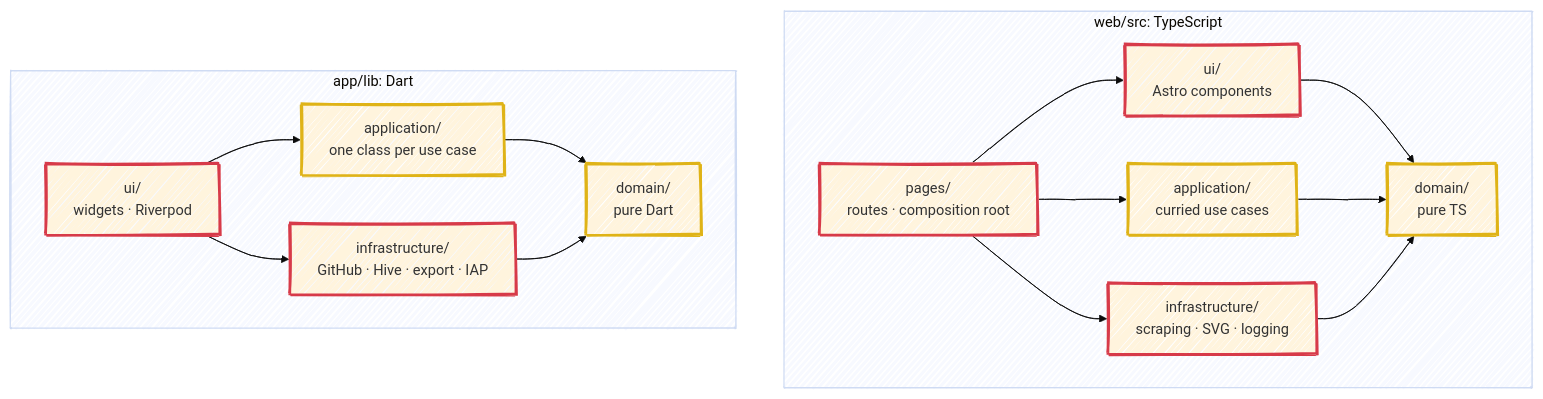
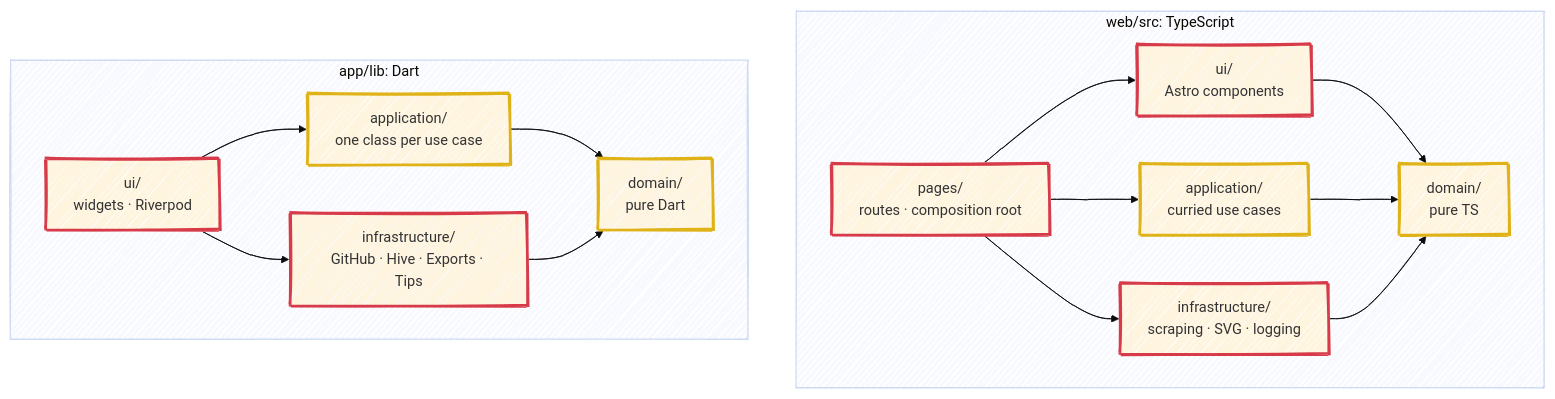
Before and after one commit to fbuireu/contribKit: the second of 2 diagrams in ARCHITECTURE.md, drawn with Mermaid (base theme). The commit also changed other lines of this file and 256 other files, not shown here.

````diff
--- a/ARCHITECTURE.md
+++ b/ARCHITECTURE.md
@@ -71,28 +72,28 @@
 ```mermaid
 ---
 config:
   look: handDrawn
   layout: dagre
 ---
 flowchart TD
     subgraph W["web/src: TypeScript"]
         wpages["pages/<br/>routes · composition root"] --> wui["ui/<br/>Astro components"]
         wpages --> wapp["application/<br/>curried use cases"]
         wpages --> winfra["infrastructure/<br/>scraping · SVG · logging"]
         wui --> wdom["domain/<br/>pure TS"]
         wapp --> wdom
         winfra --> wdom
     end
 
     subgraph A["app/lib: Dart"]
         aui["ui/<br/>widgets · Riverpod"] --> aapp["application/<br/>one class per use case"]
-        aui --> ainfra["infrastructure/<br/>GitHub · Hive · export · IAP"]
+        aui --> ainfra["infrastructure/<br/>GitHub · Hive · Exports · Tips"]
         aapp --> adom["domain/<br/>pure Dart"]
         ainfra --> adom
     end
 
     classDef pure stroke:#dfb317,stroke-width:3px
     classDef shell stroke:#d73a49,stroke-width:3px
     class wdom,wapp,adom,aapp pure
     class wpages,wui,winfra,aui,ainfra shell
 ```
````
